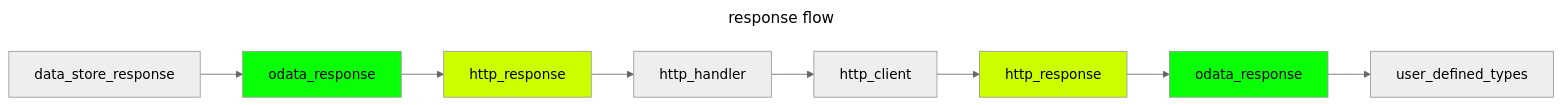
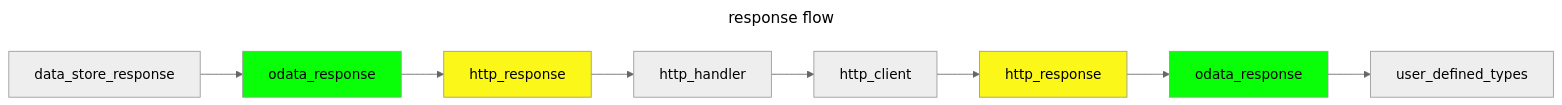
The second of 2 diagrams in docs/architecture.md (OData/odata.net), drawn with Mermaid (neutral theme) before and after one commit.

````diff
--- a/docs/architecture.md
+++ b/docs/architecture.md
@@ -244,27 +244,27 @@
 ```mermaid
 ---
 title: response flow
 ---
 flowchart LR
     data_store_response
     odata_response1[odata_response]
     http_response1[http_response]
     http_handler
     http_client
     http_response2[http_response]
     odata_response2[odata_response]
     user_defined_types
 
     data_store_response --> odata_response1
     odata_response1 --> http_response1
     http_response1 --> http_handler
     http_handler --> http_client
     http_client --> http_response2
     http_response2 --> odata_response2
     odata_response2 --> user_defined_types
 
     style odata_response1 fill:#08FF08
     style odata_response2 fill:#08FF08
-    style http_response1 fill:#CCFF00
-    style http_response2 fill:#CCFF00
+    style http_response1 fill:#FBF719
+    style http_response2 fill:#FBF719
 ```
````
